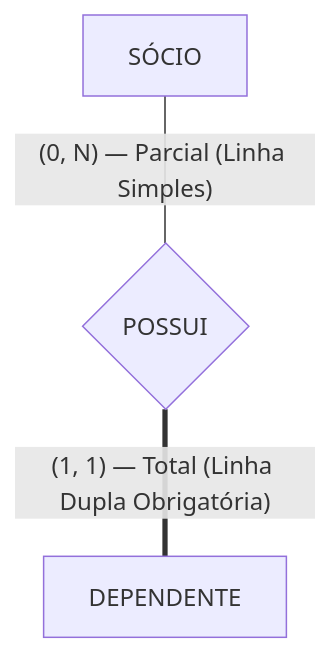
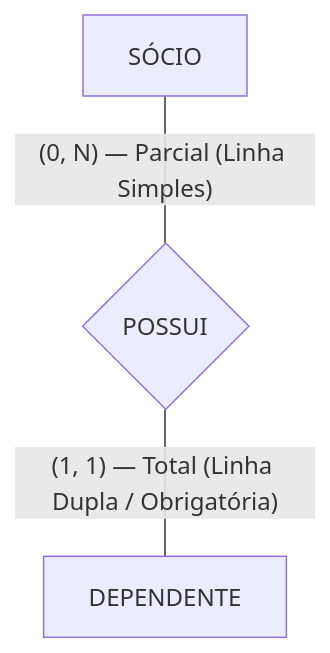
The ninth of 14 diagrams in 02. Modelagem de Dados/06. Modelagem de relacionamentos, cardinalidade e restrições de participação.md (leorruas/puc), drawn with Mermaid before and after one commit. The commit also changed other lines of this file and 1 other file, not shown here.

Commit message:
fix(mermaid): correct edge syntax from invalid ===| to valid ---| with label and fix double-bracket/hexagon syntax

````diff
--- a/02. Modelagem de Dados/06. Modelagem de relacionamentos, cardinalidade e restrições de participação.md
+++ b/02. Modelagem de Dados/06. Modelagem de relacionamentos, cardinalidade e restrições de participação.md
@@ -150,5 +150,5 @@
 ```mermaid
 flowchart TD
     SocioClube["SÓCIO"] ---|"(0, N) — Parcial (Linha Simples)"| RelVinc{"POSSUI"}
-    RelVinc ===|"(1, 1) — Total (Linha Dupla Obrigatória)"| DepClube["DEPENDENTE"]
+    RelVinc ---|"(1, 1) — Total (Linha Dupla / Obrigatória)"| DepClube["DEPENDENTE"]
 ```
````
